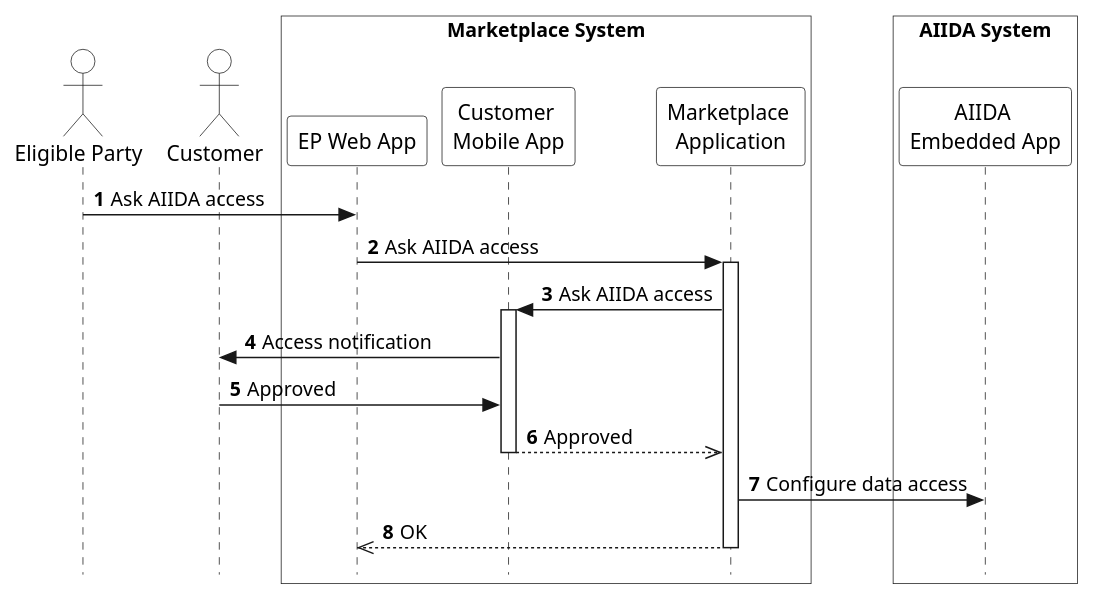
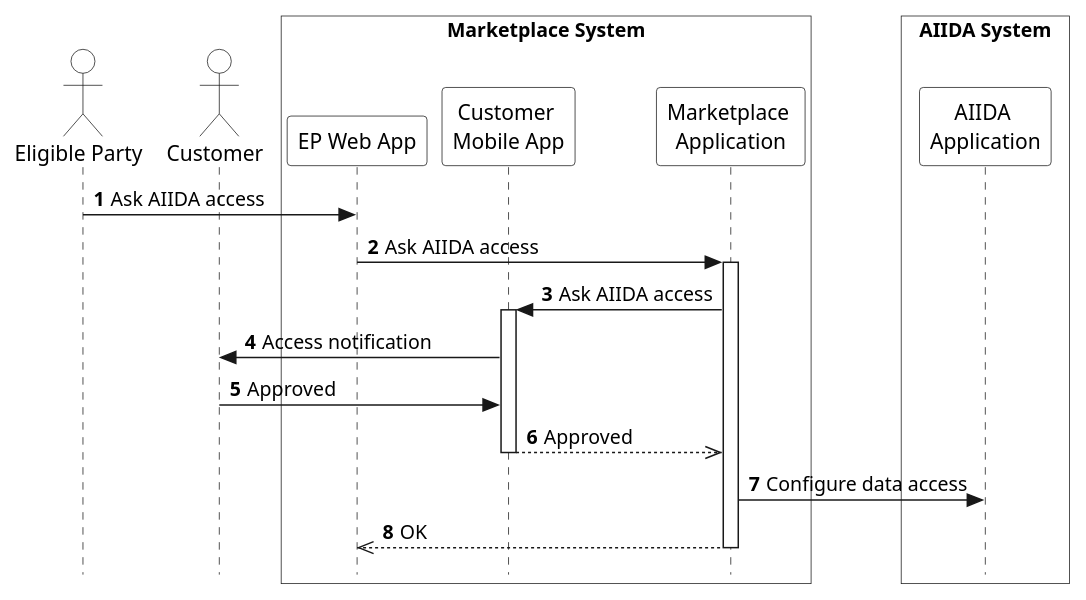
The diagram in arc42/marketplace/runtime-view/figures/marketplace-ask-data-access.puml (eddie-energy/architecture), drawn with PlantUML before and after one commit. The commit also changed 10 other files, not shown here.

Commit message:
Part of #120: Replace embedded app with application everywhere

```diff
--- a/arc42/marketplace/runtime-view/figures/marketplace-ask-data-access.puml
+++ b/arc42/marketplace/runtime-view/figures/marketplace-ask-data-access.puml
@@ -1,37 +1,37 @@
 @startuml marketplace-ask-data-access
 
 skinparam style strictuml
 skinparam sequence {
   ParticipantBackgroundColor transparent
   ActorBackgroundColor transparent
 }
 
 autonumber
 !pragma teoz true
 
 actor "Eligible Party" as ep
 actor "Customer" as customer
 box "Marketplace System" #transparent
   participant "EP Web App" as epApp
   participant "Customer \nMobile App" as customerApp
   participant "Marketplace \nApplication" as marketplace
 end box
 
 box "AIIDA System" #transparent
-  participant "AIIDA \nEmbedded App" as aiida
+  participant "AIIDA \nApplication" as aiida
 end box
 
 ep -> epApp : Ask AIIDA access
 epApp -> marketplace : Ask AIIDA access
 activate marketplace
 marketplace -> customerApp : Ask AIIDA access
 activate customerApp
 customerApp -> customer : Access notification
 customer -> customerApp : Approved
 customerApp -->> marketplace : Approved
 deactivate customerApp
 marketplace -> aiida : Configure data access
 marketplace -->> epApp : OK
 deactivate marketplace
 
 @enduml
```
